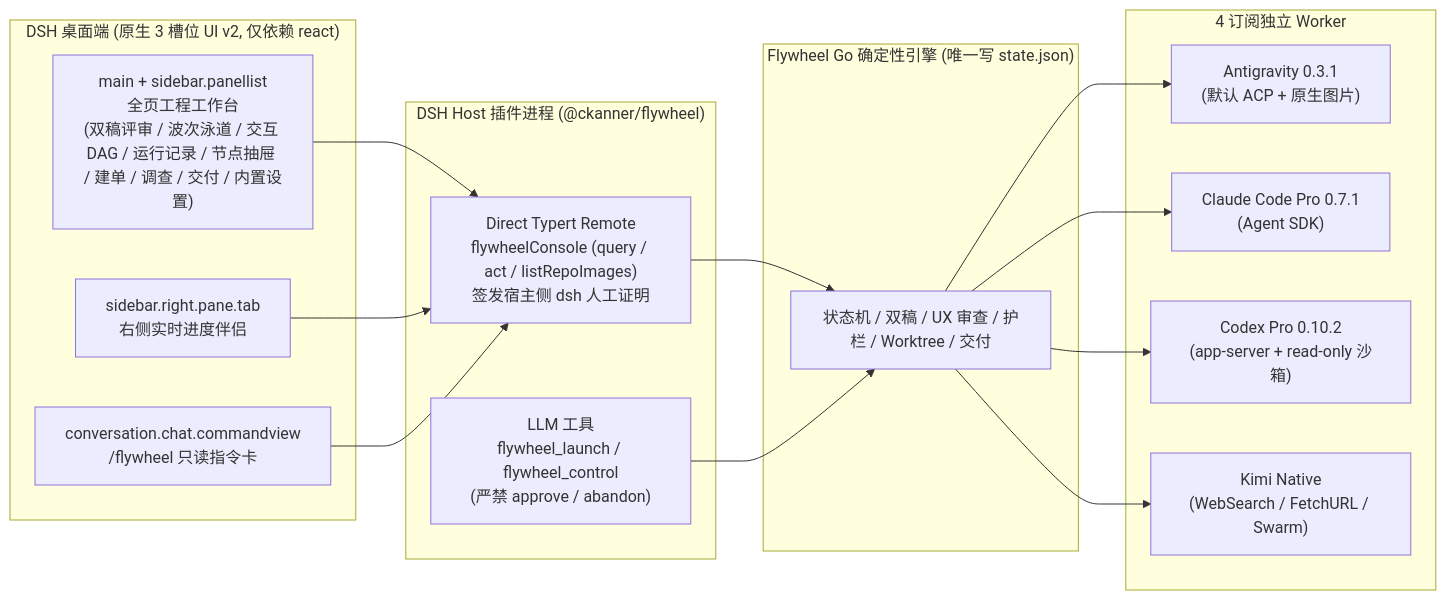
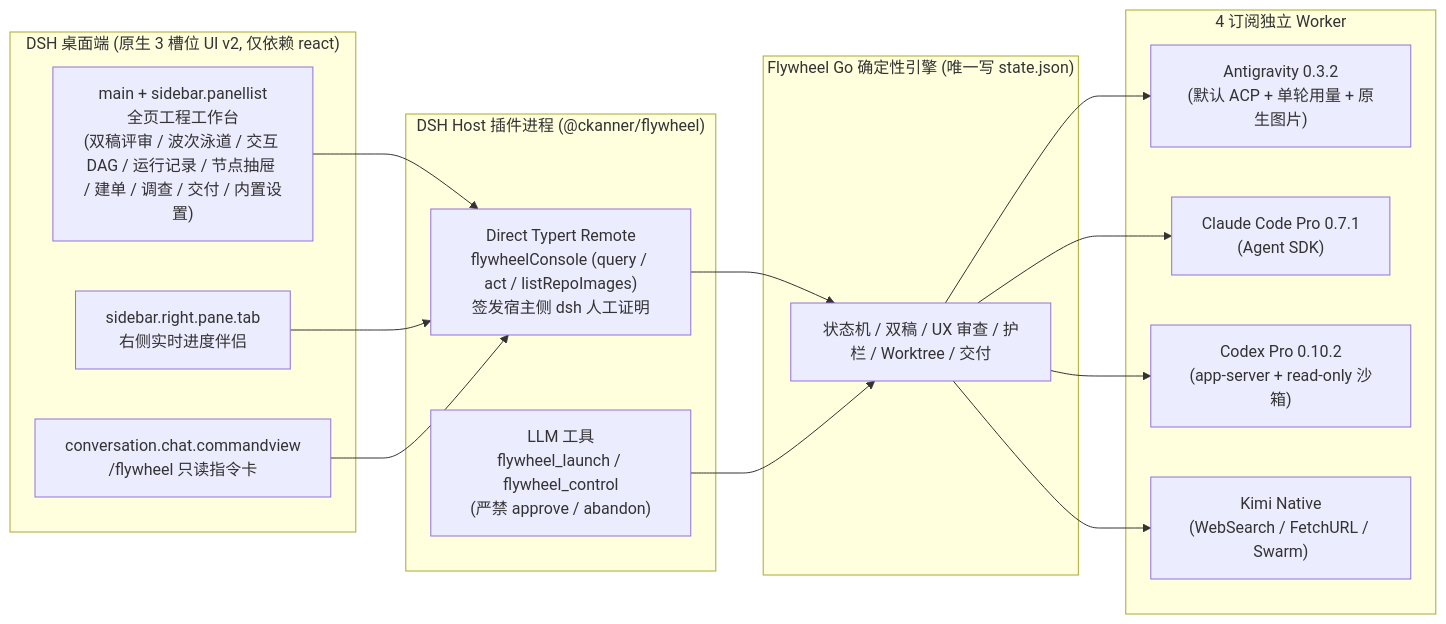
One commit to ckanner/flywheel changed the third of 3 diagrams in docs/design.md. Above: the diagram before and after it, drawn with Mermaid. The commit also changed other lines of this file and 63 other files, not shown here.

````diff
--- a/docs/design.md
+++ b/docs/design.md
@@ -1164,34 +1166,34 @@
 ```mermaid
 flowchart LR
   subgraph DSH["DSH 桌面端 (原生 3 槽位 UI v2, 仅依赖 react)"]
     S1["main + sidebar.panellist\n全页工程工作台\n(双稿评审 / 波次泳道 / 交互 DAG / 运行记录 / 节点抽屉 / 建单 / 调查 / 交付 / 内置设置)"]
     S2["sidebar.right.pane.tab\n右侧实时进度伴侣"]
     S3["conversation.chat.commandview\n/flywheel 只读指令卡"]
   end
 
   subgraph HOST["DSH Host 插件进程 (@ckanner/flywheel)"]
     RPC["Direct Typert Remote\nflywheelConsole (query / act / listRepoImages)\n签发宿主侧 dsh 人工证明"]
     TOOLS["LLM 工具\nflywheel_launch / flywheel_control\n(严禁 approve / abandon)"]
   end
 
   subgraph GO["Flywheel Go 确定性引擎 (唯一写 state.json)"]
     ENG["状态机 / 双稿 / UX 审查 / 护栏 / Worktree / 交付"]
   end
 
   subgraph WORKERS["4 订阅独立 Worker"]
-    W1["Antigravity 0.3.1\n(默认 ACP + 原生图片)"]
+    W1["Antigravity 0.3.2\n(默认 ACP + 单轮用量 + 原生图片)"]
     W2["Claude Code Pro 0.7.1\n(Agent SDK)"]
     W3["Codex Pro 0.10.2\n(app-server + read-only 沙箱)"]
     W4["Kimi Native\n(WebSearch / FetchURL / Swarm)"]
   end
 
   S1 --> RPC
   S2 --> RPC
   S3 --> RPC
   RPC --> ENG
   TOOLS --> ENG
   ENG --> W1
   ENG --> W2
   ENG --> W3
   ENG --> W4
 ```
````
